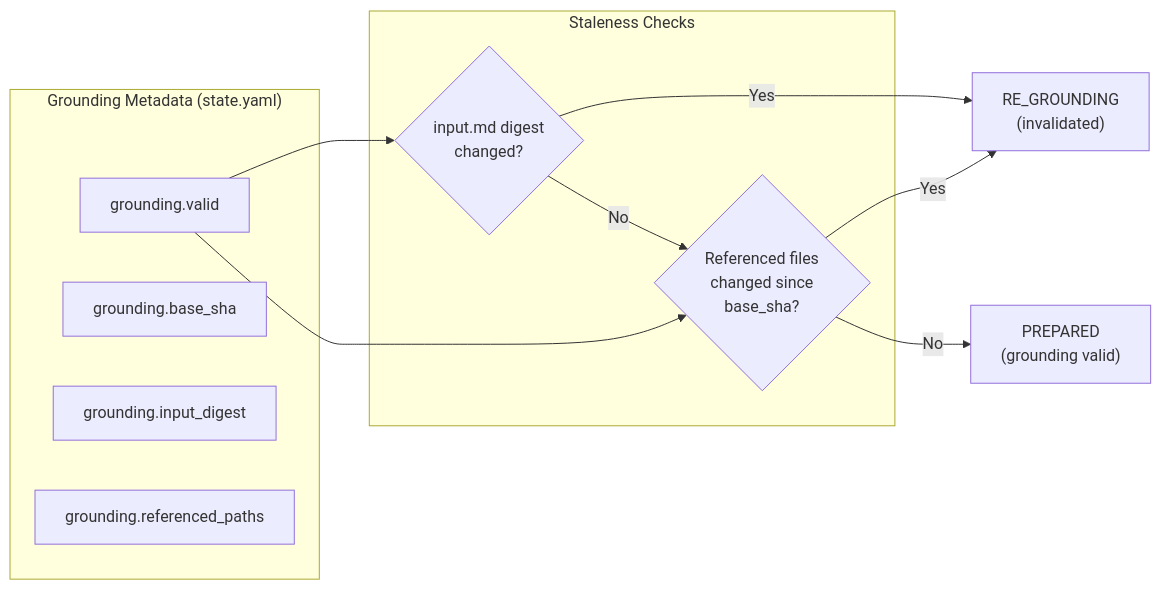
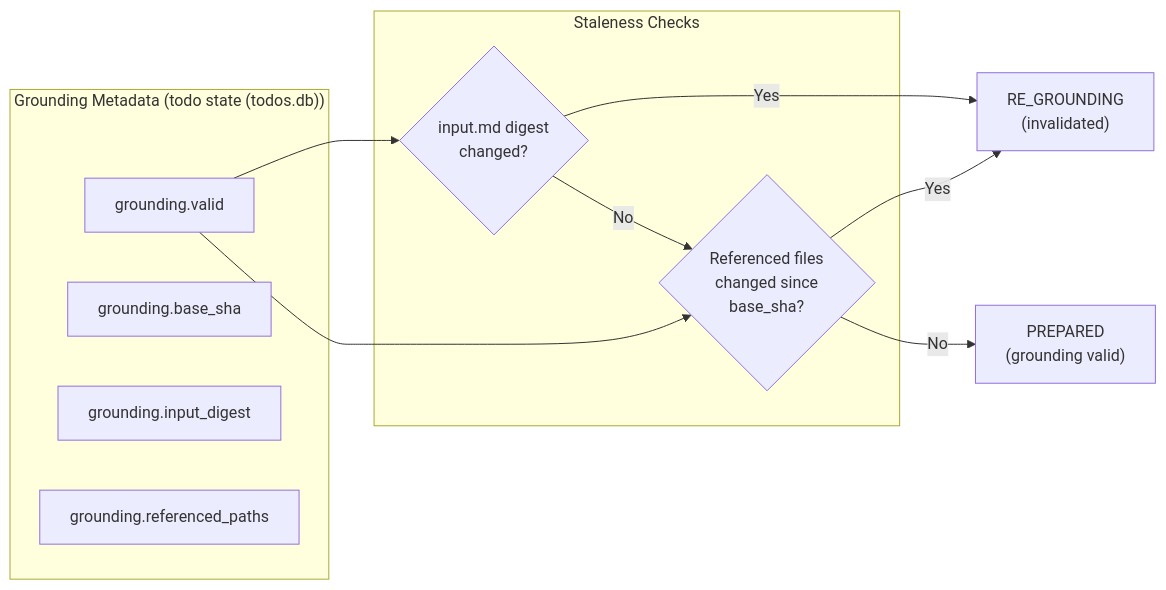
One commit to InstruktAI/TeleClaude changed the fourth of 4 diagrams in docs/project/design/architecture/prepare-state-machine.md. Above: the diagram before and after it, drawn with Mermaid. The commit also changed other lines of this file and 33 other files, not shown here.

````diff
--- a/docs/project/design/architecture/prepare-state-machine.md
+++ b/docs/project/design/architecture/prepare-state-machine.md
@@ -304,21 +304,21 @@
 ```mermaid
 flowchart LR
-    subgraph "Grounding Metadata (state.yaml)"
+    subgraph "Grounding Metadata (todo state (todos.db))"
         Valid["grounding.valid"]
         BaseSHA["grounding.base_sha"]
         InputDigest["grounding.input_digest"]
         RefPaths["grounding.referenced_paths"]
     end
 
     subgraph "Staleness Checks"
         C1{"input.md digest<br/>changed?"}
         C2{"Referenced files<br/>changed since<br/>base_sha?"}
     end
 
     Valid --> C1
     Valid --> C2
     C1 -->|"Yes"| Stale["RE_GROUNDING<br/>(invalidated)"]
     C2 -->|"Yes"| Stale
     C1 -->|"No"| C2
     C2 -->|"No"| Fresh["PREPARED<br/>(grounding valid)"]
 ```
````
